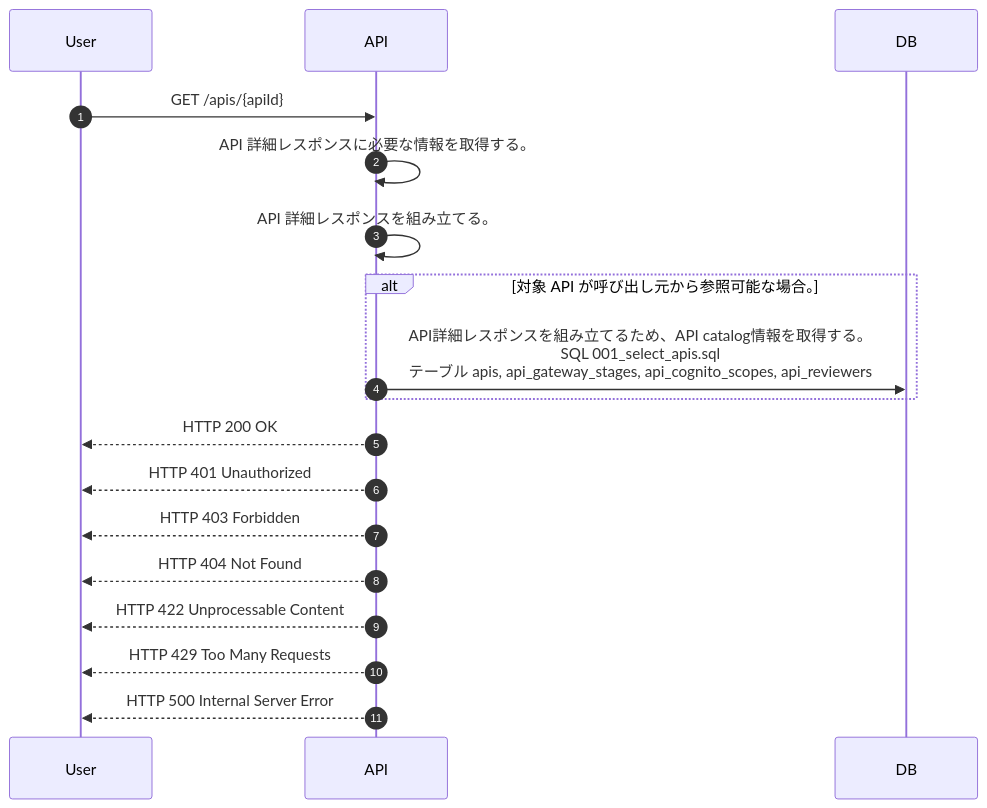
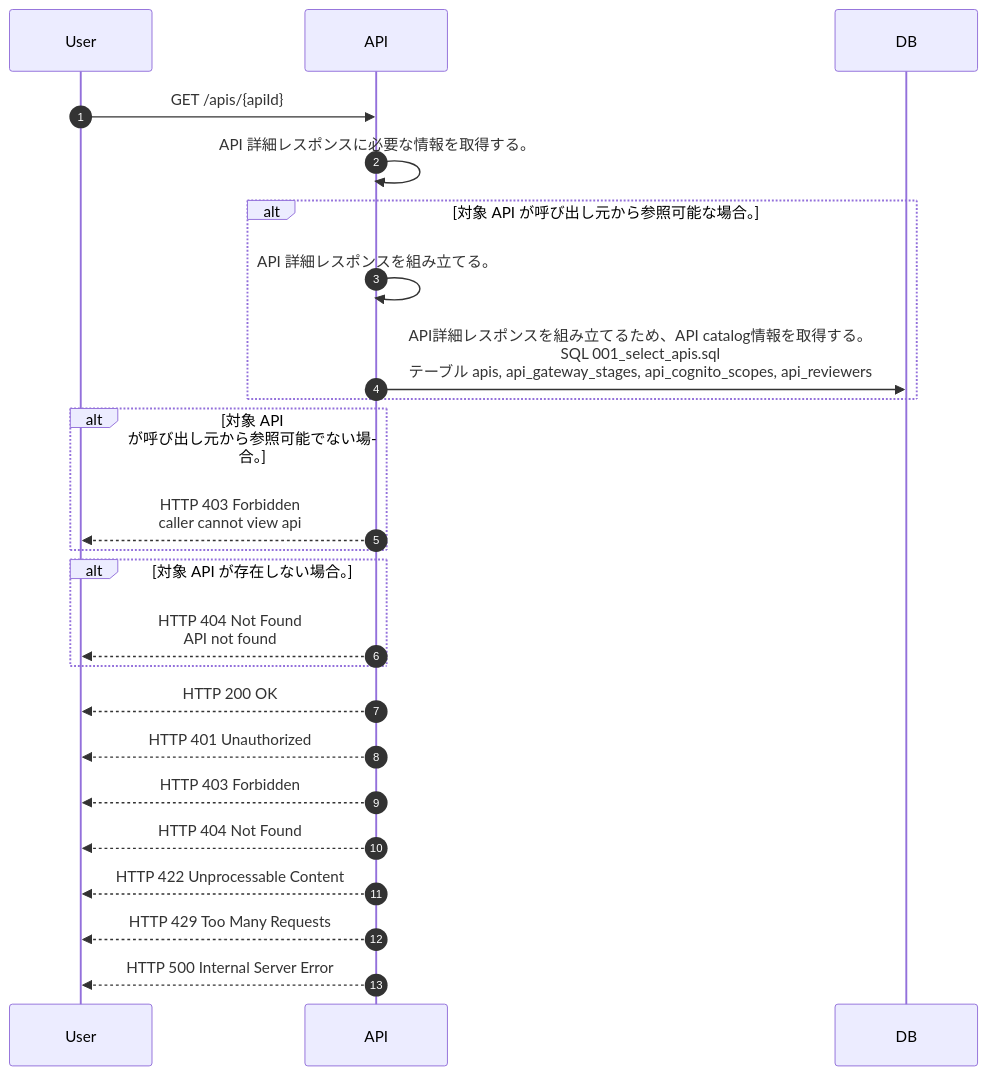
The diagram in docs/spec/40.apis/apis/get_api/sequence_gen.md (tsuji-tomonori/lazunex), drawn with Mermaid before and after one commit. The commit also changed 46 other files, not shown here.

````diff
--- a/docs/spec/40.apis/apis/get_api/sequence_gen.md
+++ b/docs/spec/40.apis/apis/get_api/sequence_gen.md
@@ -5,20 +5,26 @@
 ```mermaid
 sequenceDiagram
   autonumber
   participant User as User
   participant API as API
   participant DB as DB
   User->>API: GET /apis/{apiId}
   API->>API: API 詳細レスポンスに必要な情報を取得する。
-  API->>API: API 詳細レスポンスを組み立てる。
   alt 対象 API が呼び出し元から参照可能な場合。
+    API->>API: API 詳細レスポンスを組み立てる。
     API->>DB: API詳細レスポンスを組み立てるため、API catalog情報を取得する。<br/>SQL 001_select_apis.sql<br/>テーブル apis, api_gateway_stages, api_cognito_scopes, api_reviewers
+  end
+  alt 対象 API が呼び出し元から参照可能でない場合。
+    API-->>User: HTTP 403 Forbidden<br/>caller cannot view api
+  end
+  alt 対象 API が存在しない場合。
+    API-->>User: HTTP 404 Not Found<br/>API not found
   end
   API-->>User: HTTP 200 OK
   API-->>User: HTTP 401 Unauthorized
   API-->>User: HTTP 403 Forbidden
   API-->>User: HTTP 404 Not Found
   API-->>User: HTTP 422 Unprocessable Content
   API-->>User: HTTP 429 Too Many Requests
   API-->>User: HTTP 500 Internal Server Error
 ```
````
